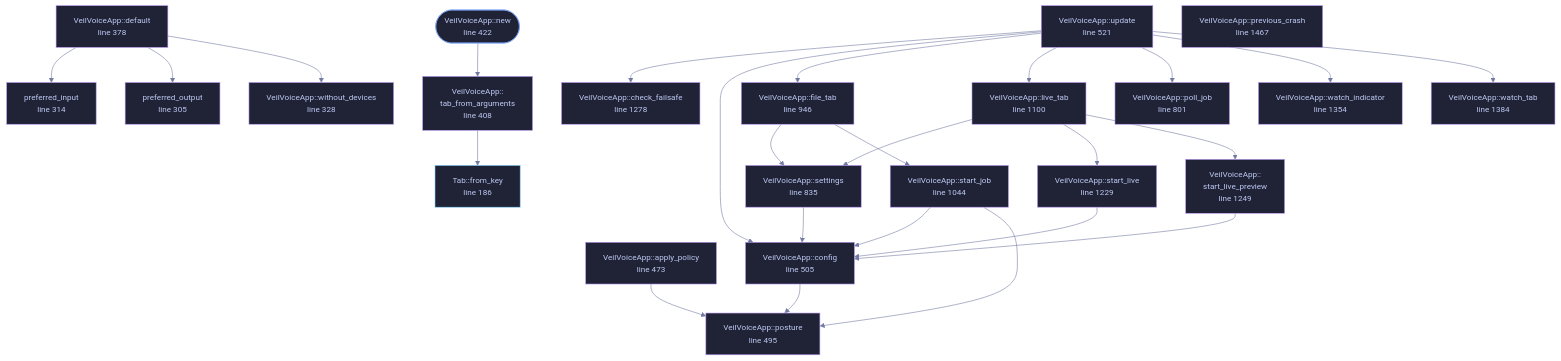
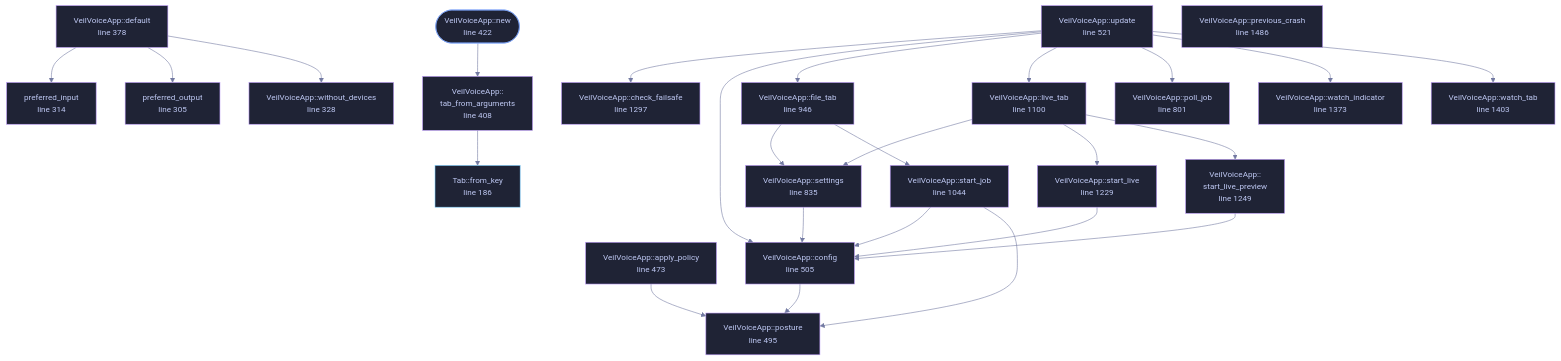
One commit to tilas01/veilvoice changed the diagram in docs/files/veilvoice-gui/app.md. Above: the diagram before and after it, drawn with Mermaid. The commit also changed other lines of this file and 31 other files, not shown here.

````diff
--- a/docs/files/veilvoice-gui/app.md
+++ b/docs/files/veilvoice-gui/app.md
@@ -181,78 +181,78 @@
 ```mermaid
 %%{init: {"theme":"base","themeVariables":{"background":"#1a1b26","primaryColor":"#1f2335","primaryTextColor":"#c0caf5","primaryBorderColor":"#7aa2f7","secondaryColor":"#16161e","tertiaryColor":"#16161e","lineColor":"#737aa2","textColor":"#c0caf5","mainBkg":"#1f2335","nodeBorder":"#7aa2f7","clusterBkg":"#16161e","clusterBorder":"#2f3549","fontFamily":"ui-monospace, SFMono-Regular, Consolas, monospace","fontSize":"14px"}}}%%
 flowchart TD
     n_from_key["Tab::from_key<br/>line 186"]
     n_preferred_output["preferred_output<br/>line 305"]
     n_preferred_input["preferred_input<br/>line 314"]
     n_without_devices["VeilVoiceApp::without_devices<br/>line 328"]
     n_default["VeilVoiceApp::default<br/>line 378"]
     n_tab_from_arguments["VeilVoiceApp::<br/>tab_from_arguments<br/>line 408"]
     n_new(["VeilVoiceApp::new<br/>line 422"])
     n_apply_policy["VeilVoiceApp::apply_policy<br/>line 473"]
     n_posture["VeilVoiceApp::posture<br/>line 495"]
     n_config["VeilVoiceApp::config<br/>line 505"]
     n_update["VeilVoiceApp::update<br/>line 521"]
     n_poll_job["VeilVoiceApp::poll_job<br/>line 801"]
     n_settings["VeilVoiceApp::settings<br/>line 835"]
     n_file_tab["VeilVoiceApp::file_tab<br/>line 946"]
     n_start_job["VeilVoiceApp::start_job<br/>line 1044"]
     n_live_tab["VeilVoiceApp::live_tab<br/>line 1100"]
     n_start_live["VeilVoiceApp::start_live<br/>line 1229"]
     n_start_live_preview["VeilVoiceApp::<br/>start_live_preview<br/>line 1249"]
-    n_check_failsafe["VeilVoiceApp::check_failsafe<br/>line 1278"]
-    n_watch_indicator["VeilVoiceApp::watch_indicator<br/>line 1354"]
-    n_watch_tab["VeilVoiceApp::watch_tab<br/>line 1384"]
-    n_previous_crash["VeilVoiceApp::previous_crash<br/>line 1467"]
+    n_check_failsafe["VeilVoiceApp::check_failsafe<br/>line 1297"]
+    n_watch_indicator["VeilVoiceApp::watch_indicator<br/>line 1373"]
+    n_watch_tab["VeilVoiceApp::watch_tab<br/>line 1403"]
+    n_previous_crash["VeilVoiceApp::previous_crash<br/>line 1486"]
     n_apply_policy --> n_posture
     n_config --> n_posture
     n_default --> n_preferred_input
     n_default --> n_preferred_output
     n_default --> n_without_devices
     n_file_tab --> n_settings
     n_file_tab --> n_start_job
     n_live_tab --> n_settings
     n_live_tab --> n_start_live
     n_live_tab --> n_start_live_preview
     n_new --> n_tab_from_arguments
     n_settings --> n_config
     n_start_job --> n_config
     n_start_job --> n_posture
     n_start_live --> n_config
     n_start_live_preview --> n_config
     n_tab_from_arguments --> n_from_key
     n_update --> n_check_failsafe
     n_update --> n_config
     n_update --> n_file_tab
     n_update --> n_live_tab
     n_update --> n_poll_job
     n_update --> n_watch_indicator
     n_update --> n_watch_tab
     click n_from_key href "https://github.com/tilas01/veilvoice/blob/main/crates/veilvoice-gui/src/app.rs#L186" "open the source"
     click n_preferred_output href "https://github.com/tilas01/veilvoice/blob/main/crates/veilvoice-gui/src/app.rs#L305" "open the source"
     click n_preferred_input href "https://github.com/tilas01/veilvoice/blob/main/crates/veilvoice-gui/src/app.rs#L314" "open the source"
     click n_without_devices href "https://github.com/tilas01/veilvoice/blob/main/crates/veilvoice-gui/src/app.rs#L328" "open the source"
     click n_default href "https://github.com/tilas01/veilvoice/blob/main/crates/veilvoice-gui/src/app.rs#L378" "open the source"
     click n_tab_from_arguments href "https://github.com/tilas01/veilvoice/blob/main/crates/veilvoice-gui/src/app.rs#L408" "open the source"
     click n_new href "https://github.com/tilas01/veilvoice/blob/main/crates/veilvoice-gui/src/app.rs#L422" "open the source"
     click n_apply_policy href "https://github.com/tilas01/veilvoice/blob/main/crates/veilvoice-gui/src/app.rs#L473" "open the source"
     click n_posture href "https://github.com/tilas01/veilvoice/blob/main/crates/veilvoice-gui/src/app.rs#L495" "open the source"
     click n_config href "https://github.com/tilas01/veilvoice/blob/main/crates/veilvoice-gui/src/app.rs#L505" "open the source"
     click n_update href "https://github.com/tilas01/veilvoice/blob/main/crates/veilvoice-gui/src/app.rs#L521" "open the source"
     click n_poll_job href "https://github.com/tilas01/veilvoice/blob/main/crates/veilvoice-gui/src/app.rs#L801" "open the source"
     click n_settings href "https://github.com/tilas01/veilvoice/blob/main/crates/veilvoice-gui/src/app.rs#L835" "open the source"
     click n_file_tab href "https://github.com/tilas01/veilvoice/blob/main/crates/veilvoice-gui/src/app.rs#L946" "open the source"
     click n_start_job href "https://github.com/tilas01/veilvoice/blob/main/crates/veilvoice-gui/src/app.rs#L1044" "open the source"
     click n_live_tab href "https://github.com/tilas01/veilvoice/blob/main/crates/veilvoice-gui/src/app.rs#L1100" "open the source"
     click n_start_live href "https://github.com/tilas01/veilvoice/blob/main/crates/veilvoice-gui/src/app.rs#L1229" "open the source"
     click n_start_live_preview href "https://github.com/tilas01/veilvoice/blob/main/crates/veilvoice-gui/src/app.rs#L1249" "open the source"
-    click n_check_failsafe href "https://github.com/tilas01/veilvoice/blob/main/crates/veilvoice-gui/src/app.rs#L1278" "open the source"
-    click n_watch_indicator href "https://github.com/tilas01/veilvoice/blob/main/crates/veilvoice-gui/src/app.rs#L1354" "open the source"
-    click n_watch_tab href "https://github.com/tilas01/veilvoice/blob/main/crates/veilvoice-gui/src/app.rs#L1384" "open the source"
-    click n_previous_crash href "https://github.com/tilas01/veilvoice/blob/main/crates/veilvoice-gui/src/app.rs#L1467" "open the source"
+    click n_check_failsafe href "https://github.com/tilas01/veilvoice/blob/main/crates/veilvoice-gui/src/app.rs#L1297" "open the source"
+    click n_watch_indicator href "https://github.com/tilas01/veilvoice/blob/main/crates/veilvoice-gui/src/app.rs#L1373" "open the source"
+    click n_watch_tab href "https://github.com/tilas01/veilvoice/blob/main/crates/veilvoice-gui/src/app.rs#L1403" "open the source"
+    click n_previous_crash href "https://github.com/tilas01/veilvoice/blob/main/crates/veilvoice-gui/src/app.rs#L1486" "open the source"
     classDef entry fill:#1f2335,stroke:#7aa2f7,color:#c0caf5
     class n_new entry
     classDef api fill:#1f2335,stroke:#7dcfff,color:#c0caf5
     class n_from_key api
     classDef helper fill:#1f2335,stroke:#bb9af7,color:#c0caf5
     class n_preferred_output,n_preferred_input,n_without_devices,n_default,n_tab_from_arguments,n_apply_policy,n_posture,n_config,n_update,n_poll_job,n_settings,n_file_tab,n_start_job,n_live_tab,n_start_live,n_start_live_preview,n_check_failsafe,n_watch_indicator,n_watch_tab,n_previous_crash helper
 ```
````
